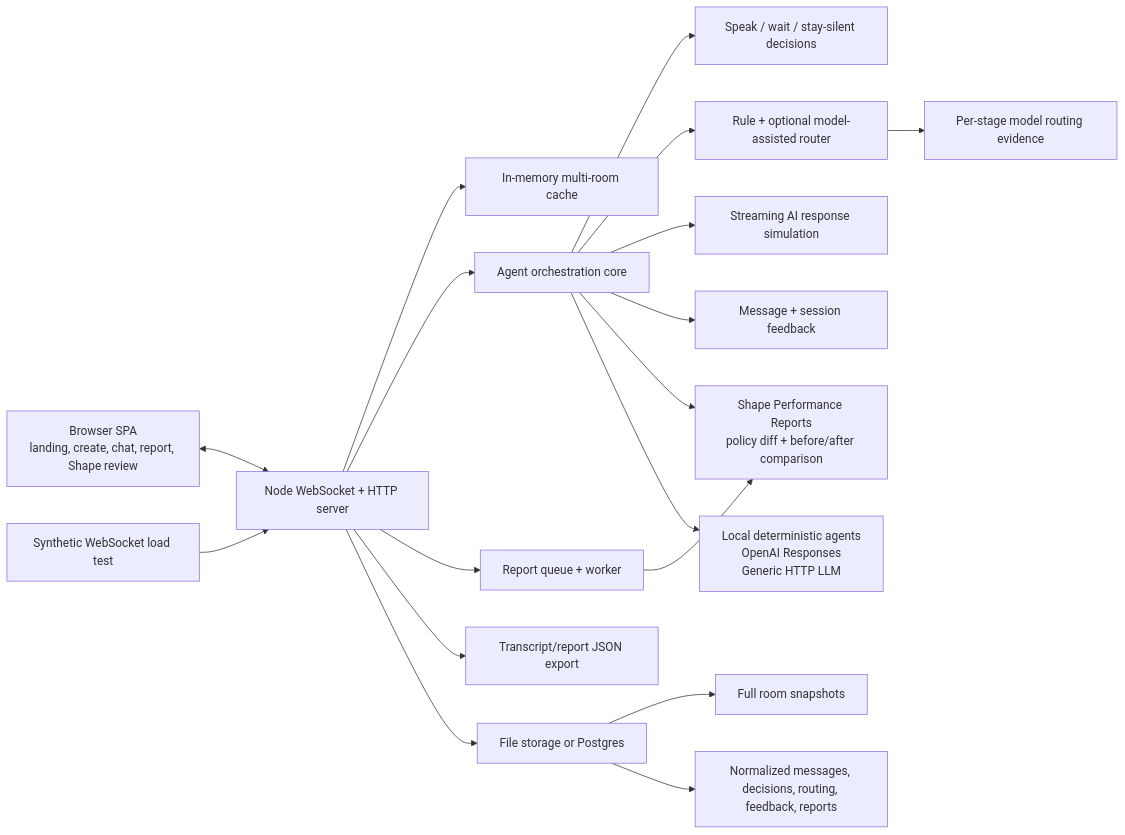
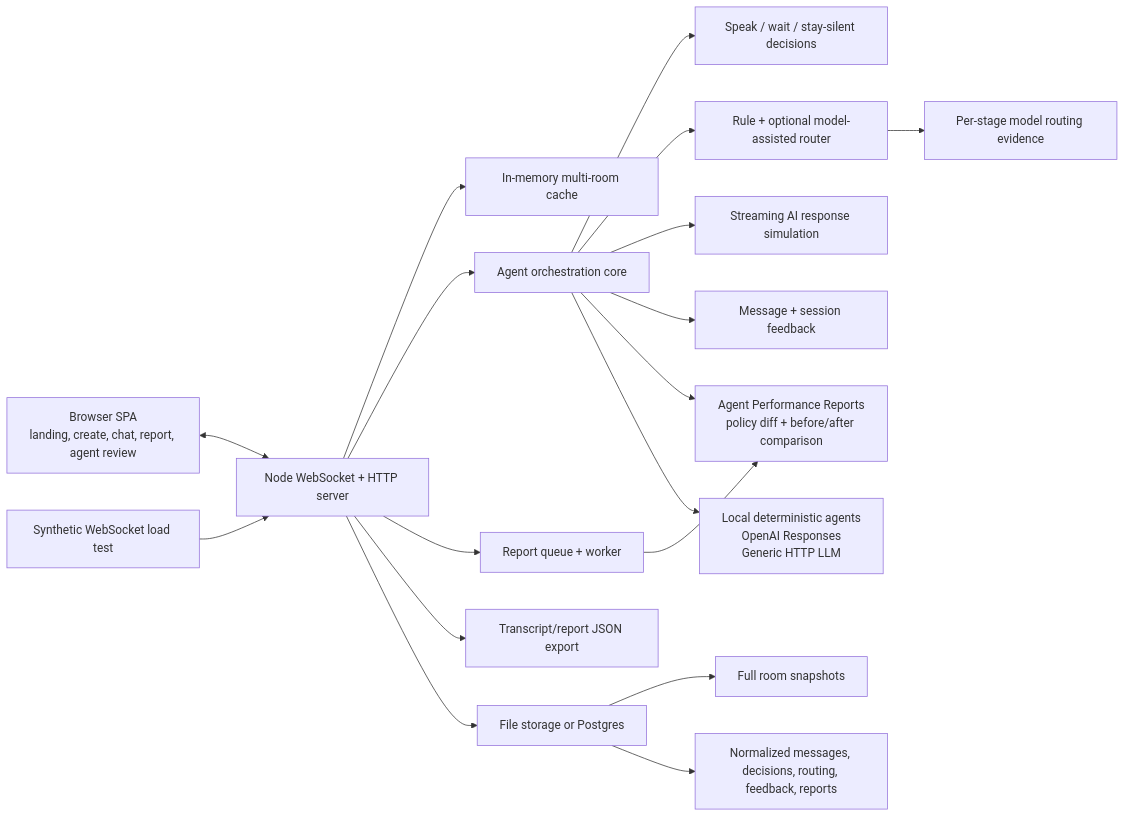
The diagram in README.md (nanogram/socialrl-arena), drawn with Mermaid before and after one commit. The commit also changed other lines of this file and 19 other files, not shown here.

Commit message:
Polish UI and agent review flow

````diff
--- a/README.md
+++ b/README.md
@@ -187,20 +187,20 @@
 ```mermaid
 flowchart LR
-  Browser["Browser SPA\nlanding, create, chat, report, Shape review"] <--> WS["Node WebSocket + HTTP server"]
+  Browser["Browser SPA\nlanding, create, chat, report, agent review"] <--> WS["Node WebSocket + HTTP server"]
   WS --> Rooms["In-memory multi-room cache"]
   WS --> Core["Agent orchestration core"]
   Core --> Decisions["Speak / wait / stay-silent decisions"]
   Core --> Router["Rule + optional model-assisted router"]
   Router --> ModelPlan["Per-stage model routing evidence"]
   Core --> Stream["Streaming AI response simulation"]
   Core --> Feedback["Message + session feedback"]
-  Core --> Reports["Shape Performance Reports\npolicy diff + before/after comparison"]
+  Core --> Reports["Agent Performance Reports\npolicy diff + before/after comparison"]
   WS --> Queue["Report queue + worker"]
   Queue --> Reports
   WS --> Export["Transcript/report JSON export"]
   WS --> Store["File storage or Postgres"]
   Store --> Snapshot["Full room snapshots"]
   Store --> Tables["Normalized messages, decisions, routing, feedback, reports"]
   Core --> Providers["Local deterministic agents\nOpenAI Responses\nGeneric HTTP LLM"]
   Load["Synthetic WebSocket load test"] --> WS
 ```
````
